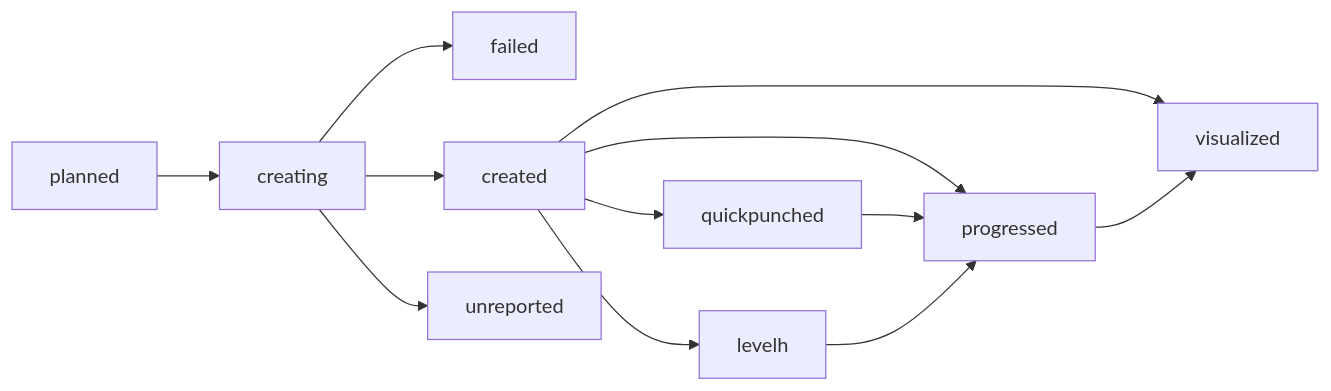
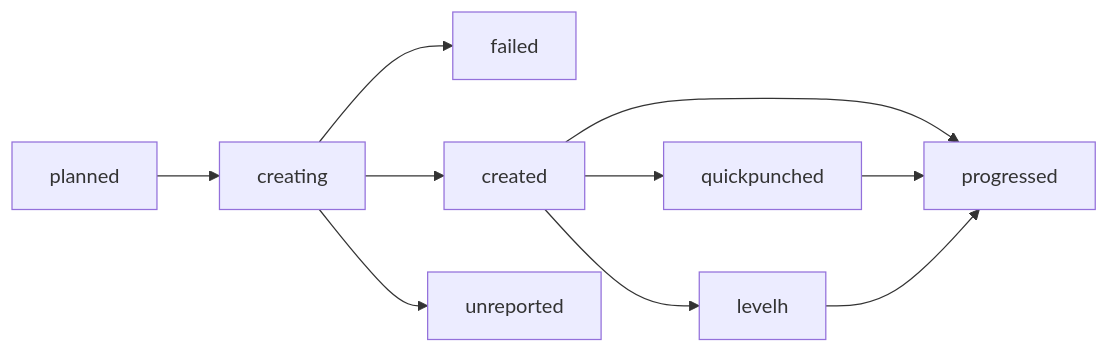
Before and after one commit to punch-mission/punchpipe: the first of 2 diagrams in docs/source/control/states.rst, drawn with Mermaid. The commit also changed 3 other files, not shown here.

```diff
--- a/docs/source/control/states.rst
+++ b/docs/source/control/states.rst
@@ -9,14 +9,12 @@
 .. mermaid::
 
     graph LR;
     planned --> creating;
     creating --> failed;
     creating --> created;
     creating --> unreported;
     created --> progressed;
     created --> quickpunched;
     quickpunched --> progressed;
-    created --> visualized;
-    progressed --> visualized;
     created --> levelh;
     levelh --> progressed;
```
